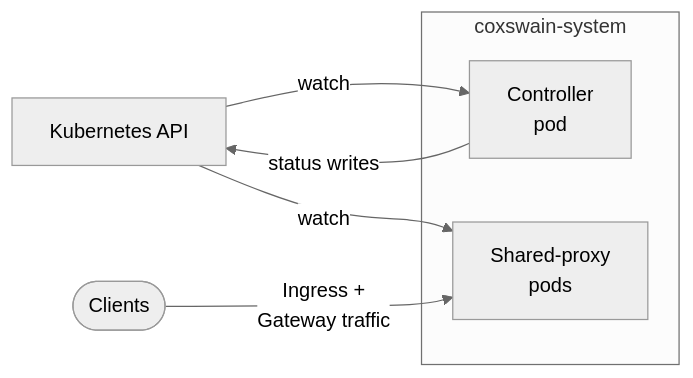
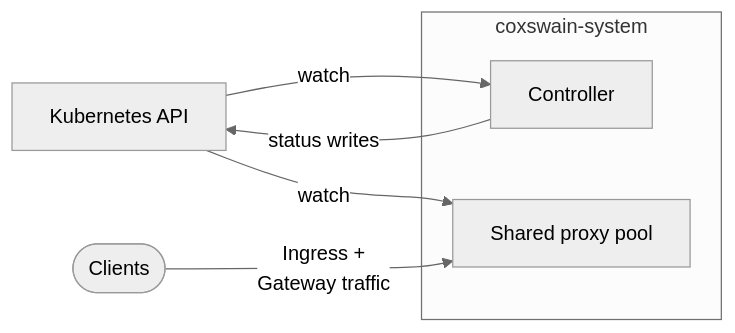
One commit to coxswain-labs/coxswain changed the second of 6 diagrams in docs/src/architecture.md. Above: the diagram before and after it, drawn with Mermaid (neutral theme). The commit also changed other lines of this file and 11 other files, not shown here.

````diff
--- a/docs/src/architecture.md
+++ b/docs/src/architecture.md
@@ -60,15 +62,15 @@
 ```mermaid
 flowchart LR
     K8s[Kubernetes API]
 
     subgraph cs[coxswain-system]
-        C[Controller\npod]
-        SP[Shared-proxy\npods]
+        C[Controller]
+        SP[Shared proxy pool]
     end
 
     K8s -->|watch| C
     C -->|status writes| K8s
     K8s -->|watch| SP
 
     Clients([Clients]) -->|Ingress +\nGateway traffic| SP
 ```
````
